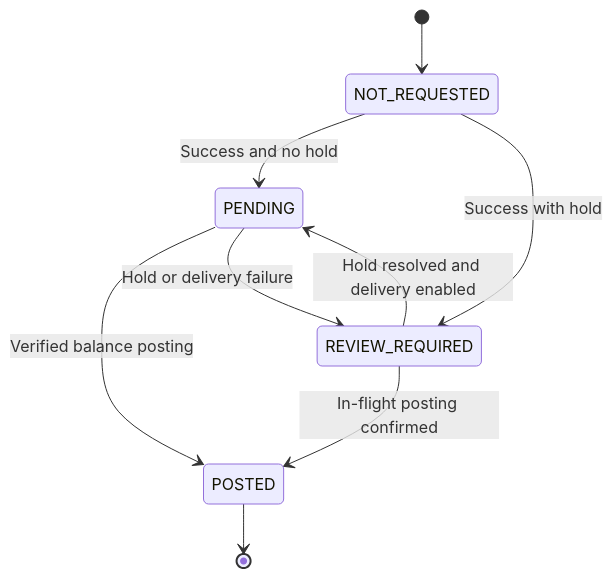
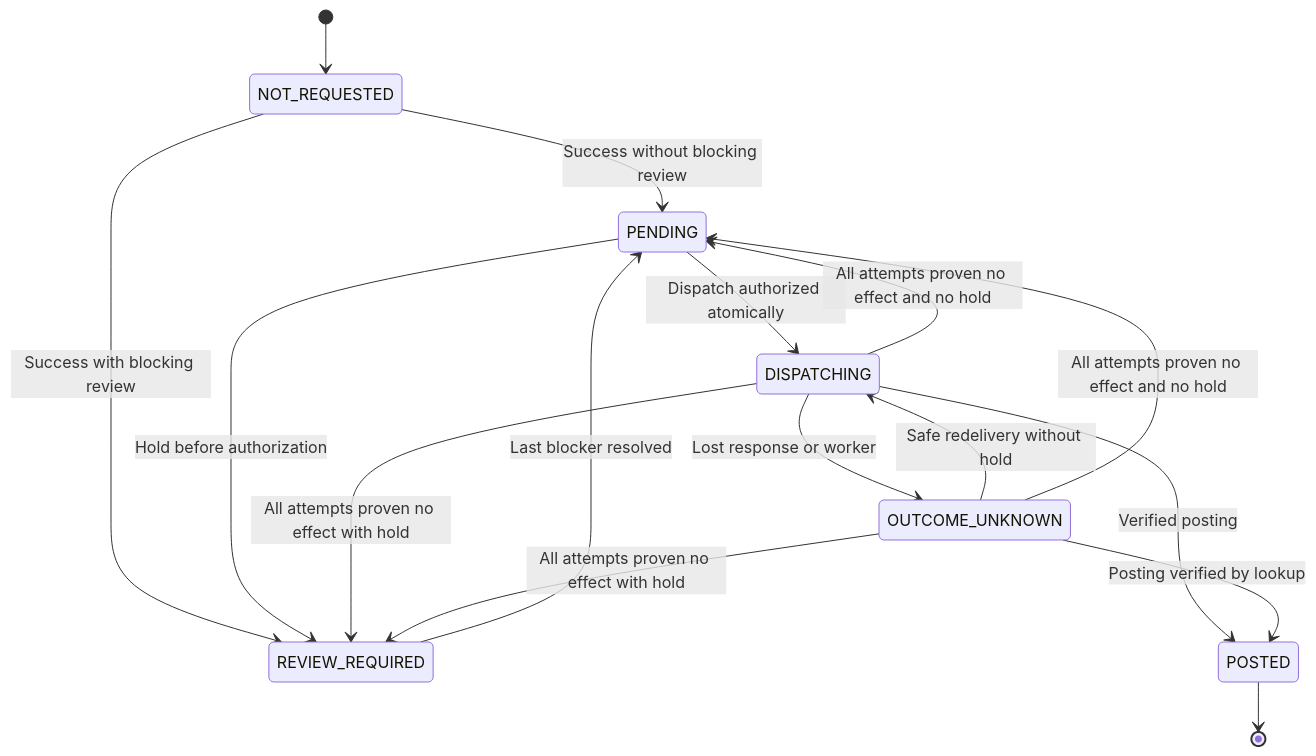
One commit to YuliaMelekhova/inside-the-spec changed the fourth of 4 diagrams in episodes/01-payment-timeout/artifacts/specification.en.md. Above: the diagram before and after it, drawn with Mermaid. The commit also changed other lines of this file and 35 other files, not shown here.

````diff
--- a/episodes/01-payment-timeout/artifacts/specification.en.md
+++ b/episodes/01-payment-timeout/artifacts/specification.en.md
@@ -346,11 +404,18 @@
 ```mermaid
 stateDiagram-v2
     [*] --> NOT_REQUESTED
-    NOT_REQUESTED --> PENDING: Success and no hold
-    NOT_REQUESTED --> REVIEW_REQUIRED: Success with hold
-    PENDING --> POSTED: Verified balance posting
-    PENDING --> REVIEW_REQUIRED: Hold or delivery failure
-    REVIEW_REQUIRED --> PENDING: Hold resolved and delivery enabled
-    REVIEW_REQUIRED --> POSTED: In-flight posting confirmed
+    NOT_REQUESTED --> PENDING: Success without blocking review
+    NOT_REQUESTED --> REVIEW_REQUIRED: Success with blocking review
+    PENDING --> REVIEW_REQUIRED: Hold before authorization
+    REVIEW_REQUIRED --> PENDING: Last blocker resolved
+    PENDING --> DISPATCHING: Dispatch authorized atomically
+    OUTCOME_UNKNOWN --> DISPATCHING: Safe redelivery without hold
+    DISPATCHING --> POSTED: Verified posting
+    DISPATCHING --> OUTCOME_UNKNOWN: Lost response or worker
+    DISPATCHING --> PENDING: All attempts proven no effect and no hold
+    DISPATCHING --> REVIEW_REQUIRED: All attempts proven no effect with hold
+    OUTCOME_UNKNOWN --> POSTED: Posting verified by lookup
+    OUTCOME_UNKNOWN --> PENDING: All attempts proven no effect and no hold
+    OUTCOME_UNKNOWN --> REVIEW_REQUIRED: All attempts proven no effect with hold
     POSTED --> [*]
 ```
````
